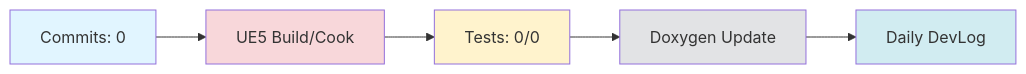
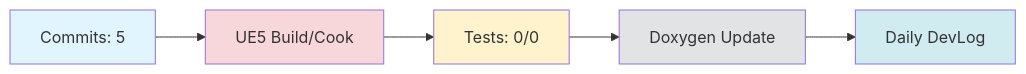
One commit to doppleddiggong/Onepiece changed the diagram in Documents/DevLog/Daily/2025-11-16.md. Above: the diagram before and after it, drawn with Mermaid. The commit also changed other lines of this file and 1 other file, not shown here.

````diff
--- a/Documents/DevLog/Daily/2025-11-16.md
+++ b/Documents/DevLog/Daily/2025-11-16.md
@@ -101,13 +107,13 @@
 ```mermaid
 flowchart LR
-  Dev[Commits: 0] --> Build[UE5 Build/Cook]
+  Dev[Commits: 5] --> Build[UE5 Build/Cook]
   Build --> Test[Tests: 0/0]
   Test --> Doc[Doxygen Update]
   Doc --> Daily[Daily DevLog]
 
   style Dev fill:#e1f5ff
   style Build fill:#f8d7da
   style Test fill:#fff3cd
   style Doc fill:#e2e3e5
   style Daily fill:#d1ecf1
 ```
````
